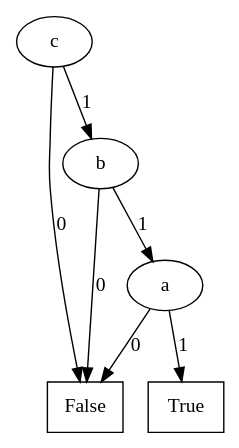
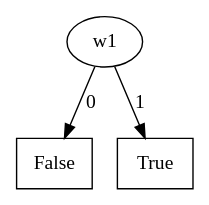
One commit to lputruele/tesis changed the diagram in Mu-calculus_model_checker/f1.dot. Above: the diagram before and after it, drawn with Graphviz. The commit also changed 10 other files, not shown here.

```diff
--- a/Mu-calculus_model_checker/f1.dot
+++ b/Mu-calculus_model_checker/f1.dot
@@ -1,31 +1,15 @@
 digraph BDD {
 node[shape=oval];
-4[label="c"];
-node[shape=rectangle];
-0[label=False];
-node[shape=oval];
-
-4->0[label=0];
-3[label="b"];
-node[shape=rectangle];
-0[label=False];
-node[shape=oval];
-
-3->0[label=0];
-2[label="a"];
+2[label="w1"];
 node[shape=rectangle];
 0[label=False];
 node[shape=oval];
 
 2->0[label=0];
 node[shape=rectangle];
 1[label=True];
 node[shape=oval];
 
 2->1[label=1];
 
-3->2[label=1];
-
-4->3[label=1];
-
 }
```
